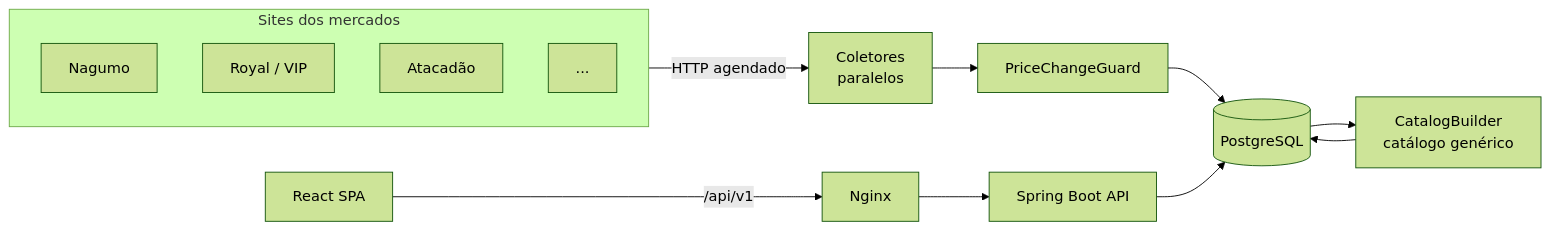
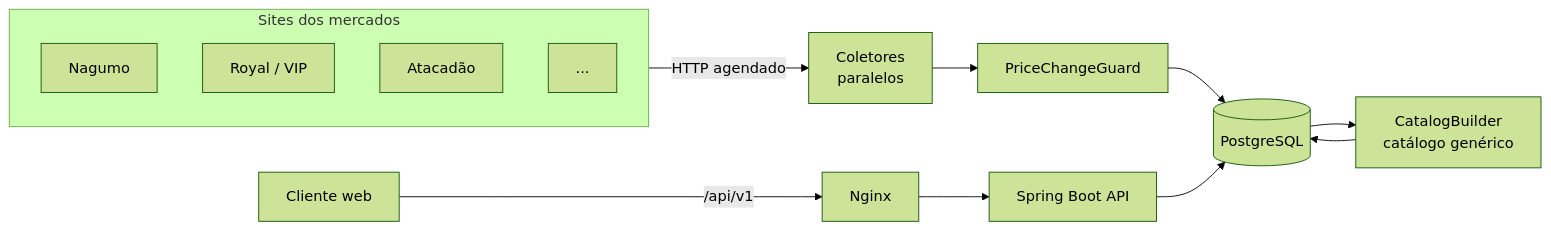
One commit to Tutzdev/Gomo changed the diagram in README.md. Above: the diagram before and after it, drawn with Mermaid (forest theme). The commit also changed other lines of this file and 2 other files, not shown here.

````diff
--- a/README.md
+++ b/README.md
@@ -74,14 +67,14 @@
 ```mermaid
 flowchart LR
     subgraph Fontes [Sites dos mercados]
         N[Nagumo] & R[Royal / VIP] & A[Atacadão] & O[...]
     end
     Fontes -->|HTTP agendado| COL[Coletores<br/>paralelos]
     COL --> GUARD[PriceChangeGuard]
     GUARD --> DB[(PostgreSQL)]
     DB --> CAT[CatalogBuilder<br/>catálogo genérico]
     CAT --> DB
-    WEB[React SPA] -->|/api/v1| NG[Nginx]
+    WEB[Cliente web] -->|/api/v1| NG[Nginx]
     NG --> API[Spring Boot API]
     API --> DB
 ```
````
